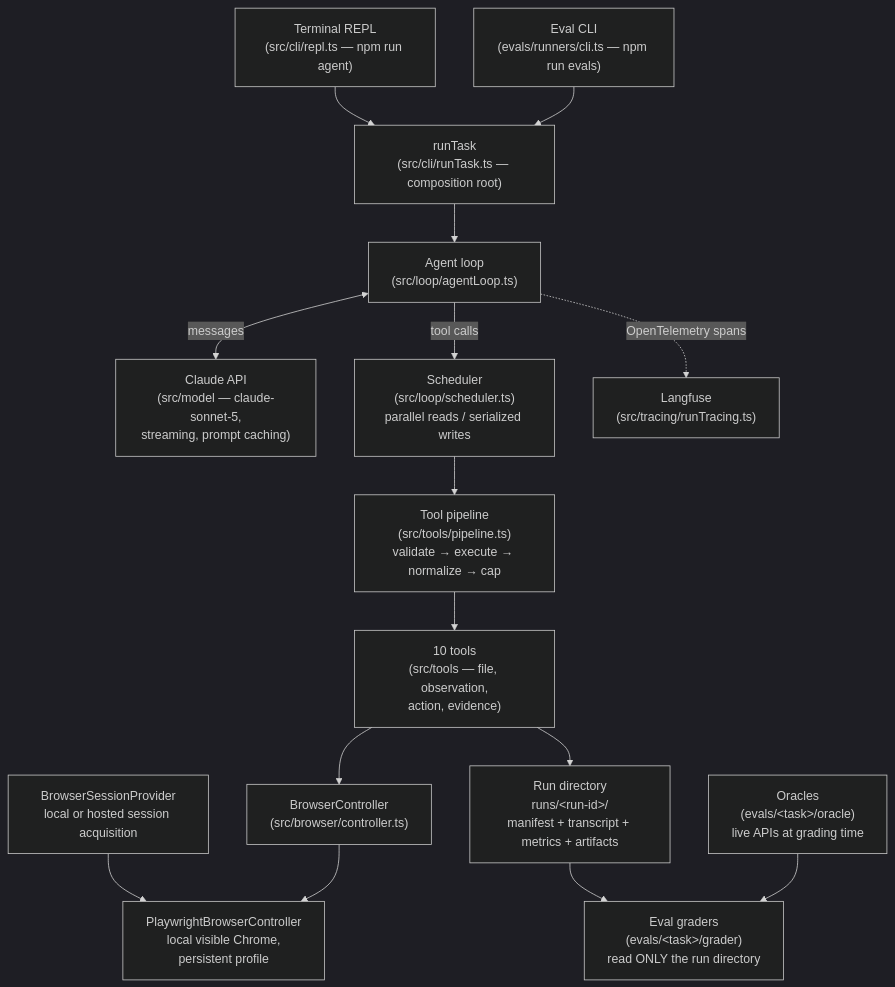
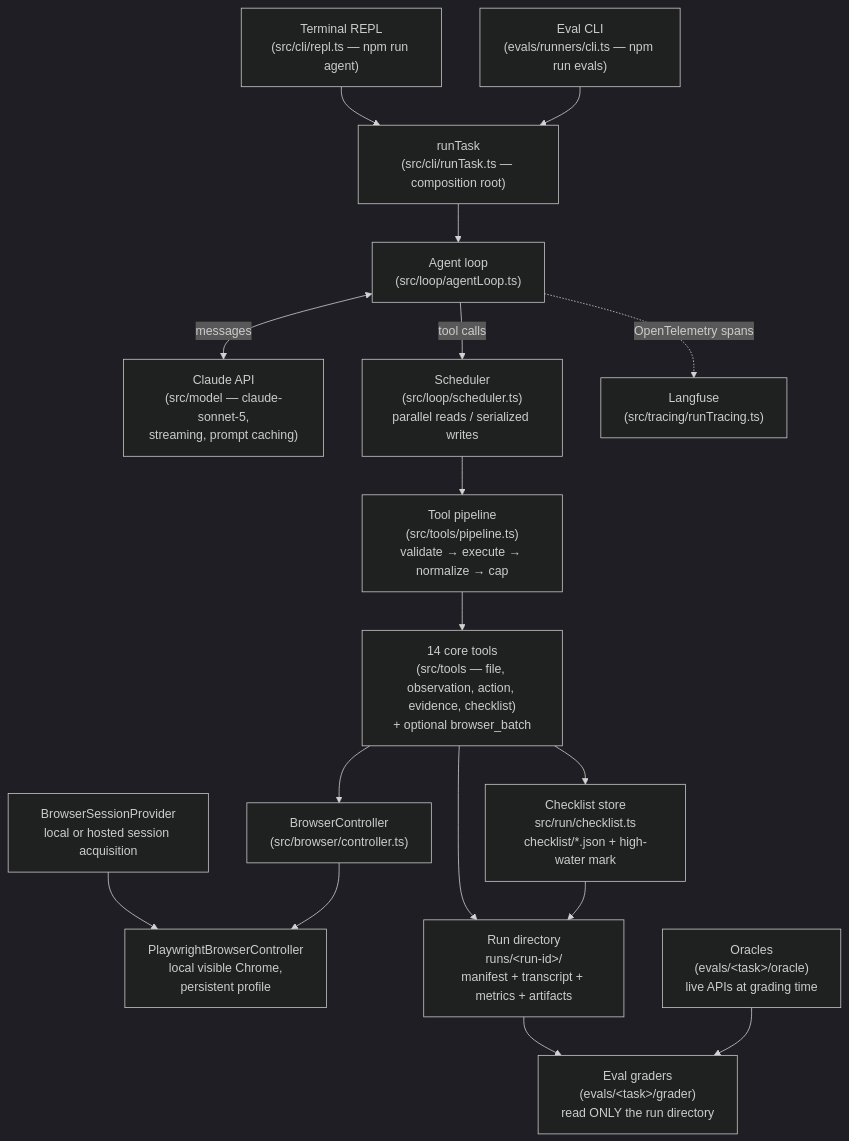
One commit to briosolivares/evidence-collection-agent changed the first of 2 diagrams in .agents/summary/architecture.md. Above: the diagram before and after it, drawn with Mermaid (dark theme). The commit also changed other lines of this file and 9 other files, not shown here.

````diff
--- a/.agents/summary/architecture.md
+++ b/.agents/summary/architecture.md
@@ -7,17 +7,19 @@
 ```mermaid
 flowchart TD
     U["Terminal REPL\n(src/cli/repl.ts — npm run agent)"] --> RT["runTask\n(src/cli/runTask.ts — composition root)"]
     EV["Eval CLI\n(evals/runners/cli.ts — npm run evals)"] --> RT
     RT --> L["Agent loop\n(src/loop/agentLoop.ts)"]
     L <-->|"messages"| M["Claude API\n(src/model — claude-sonnet-5,\nstreaming, prompt caching)"]
     L -->|"tool calls"| S["Scheduler\n(src/loop/scheduler.ts)\nparallel reads / serialized writes"]
     S --> P["Tool pipeline\n(src/tools/pipeline.ts)\nvalidate → execute → normalize → cap"]
-    P --> T["10 tools\n(src/tools — file, observation,\naction, evidence)"]
+    P --> T["14 core tools\n(src/tools — file, observation, action, evidence, checklist)\n+ optional browser_batch"]
     T --> B["BrowserController\n(src/browser/controller.ts)"]
     SP["BrowserSessionProvider\nlocal or hosted session acquisition"] --> PW["PlaywrightBrowserController\nlocal visible Chrome,\npersistent profile"]
     B --> PW
     T --> R["Run directory\nruns/&lt;run-id&gt;/\nmanifest + transcript + metrics + artifacts"]
+    T --> C["Checklist store\nsrc/run/checklist.ts\nchecklist/*.json + high-water mark"]
+    C --> R
     L -.->|"OpenTelemetry spans"| O["Langfuse\n(src/tracing/runTracing.ts)"]
     R --> G["Eval graders\n(evals/&lt;task&gt;/grader)\nread ONLY the run directory"]
     OR["Oracles\n(evals/&lt;task&gt;/oracle)\nlive APIs at grading time"] --> G
 ```
````
